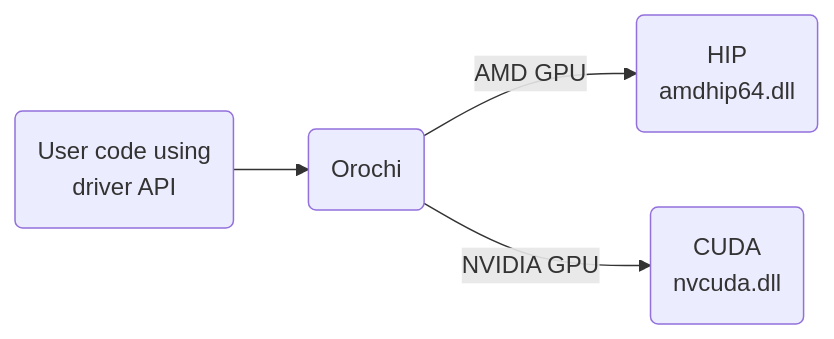
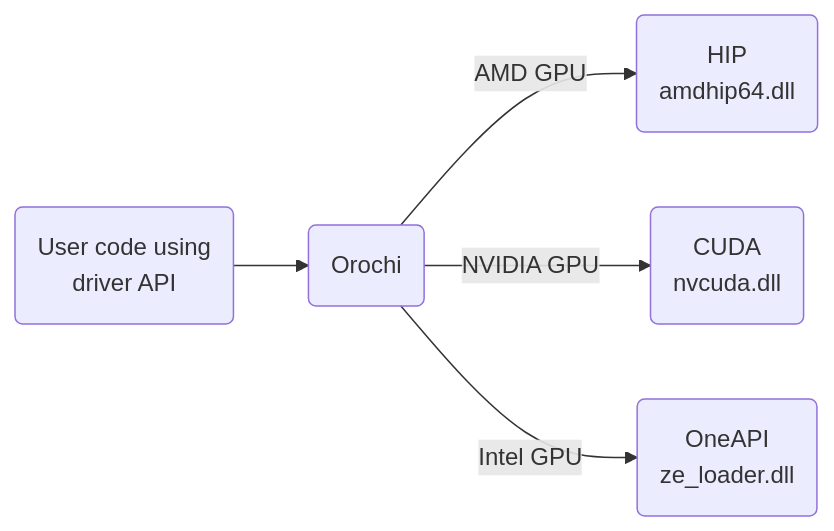
The diagram in README.md (GPUOpen-LibrariesAndSDKs/Orochi), drawn with Mermaid before and after one commit.

````diff
--- a/README.md
+++ b/README.md
@@ -8,6 +8,7 @@
 ```mermaid
 graph LR
     A(User code using <br/> driver API) --> B(Orochi)
     B --> |AMD GPU|C(HIP <br/> amdhip64.dll)
     B --> |NVIDIA GPU| D(CUDA <br/> nvcuda.dll)
+    B --> |Intel GPU| E(OneAPI <br/> ze_loader.dll)
 ```
````
